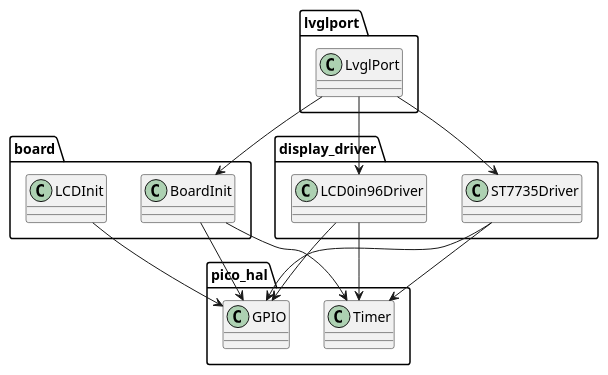
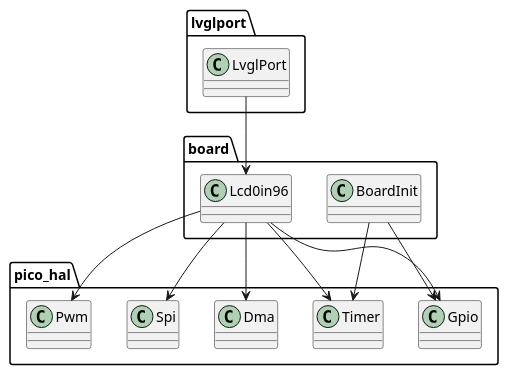
Before and after one commit to takutek/RP2_LCD0in96_LVGLBase: the diagram in doc/Libraries.pu, drawn with PlantUML. The commit also changed 10 other files, not shown here.

```diff
--- a/doc/Libraries.pu
+++ b/doc/Libraries.pu
@@ -1,34 +1,28 @@
 @startuml Libraries
 package "pico_hal" {
-  class GPIO
+  class Gpio
   class Timer
+  class Spi
+  class Pwm
+  class Dma
 }
 
 package "board" {
   class BoardInit
-  class LCDInit
-}
-
-package "display_driver" {
-  class ST7735Driver
-  class LCD0in96Driver
+  class Lcd0in96
 }
 
 package "lvglport" {
   class LvglPort
 }
 
-BoardInit --> GPIO
+BoardInit --> Gpio
 BoardInit --> Timer
-LCDInit --> GPIO
+Lcd0in96 --> Gpio
+Lcd0in96 --> Timer
+Lcd0in96 --> Spi
+Lcd0in96 --> Pwm
+Lcd0in96 --> Dma
 
-LvglPort --> ST7735Driver
-LvglPort --> LCD0in96Driver
-
-ST7735Driver --> GPIO
-ST7735Driver --> Timer
-LCD0in96Driver --> GPIO
-LCD0in96Driver --> Timer
-
-LvglPort --> BoardInit
+LvglPort --> Lcd0in96
 @enduml
```
